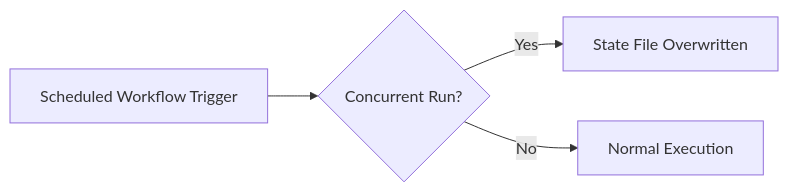
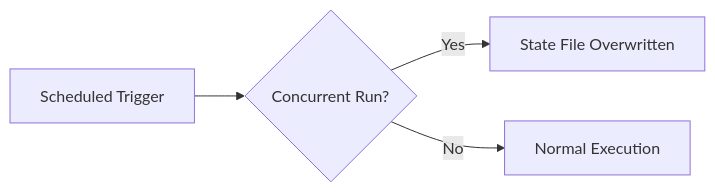
The second of 3 diagrams in .agents/bugs/BUG-001-state-file-corruption.md (HELIX-Origin/Discord-RSS), drawn with Mermaid before and after one commit. The commit also changed other lines of this file and 126 other files, not shown here.

````diff
--- a/.agents/bugs/BUG-001-state-file-corruption.md
+++ b/.agents/bugs/BUG-001-state-file-corruption.md
@@ -36,6 +36,6 @@
 ```mermaid
 flowchart LR
-    Start["Scheduled Workflow Trigger"] --> Check{"Concurrent Run?"}
+    Start["Scheduled Trigger"] --> Check{"Concurrent Run?"}
     Check -->|"Yes"| Error["State File Overwritten"]
     Check -->|"No"| Success["Normal Execution"]
 ```
````
